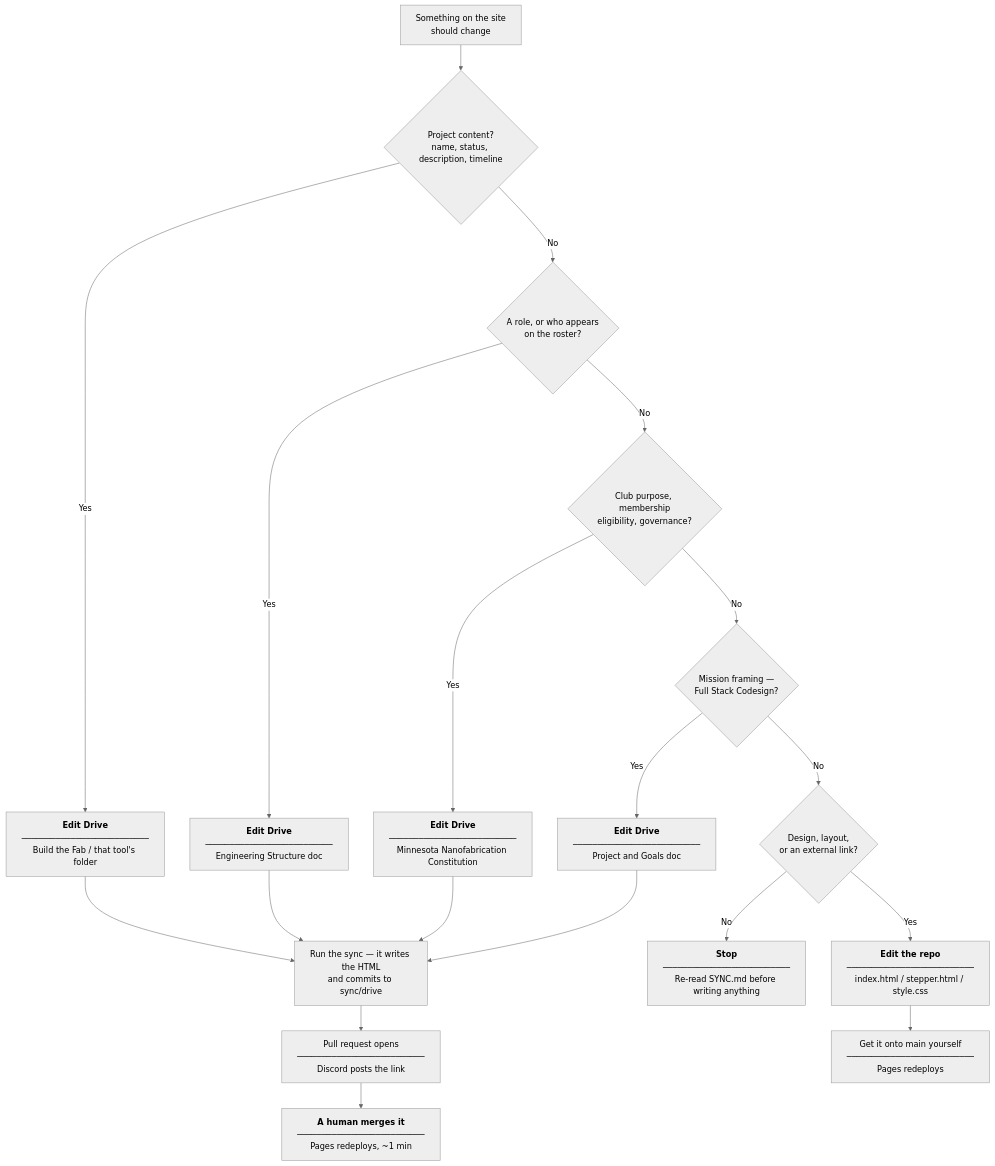
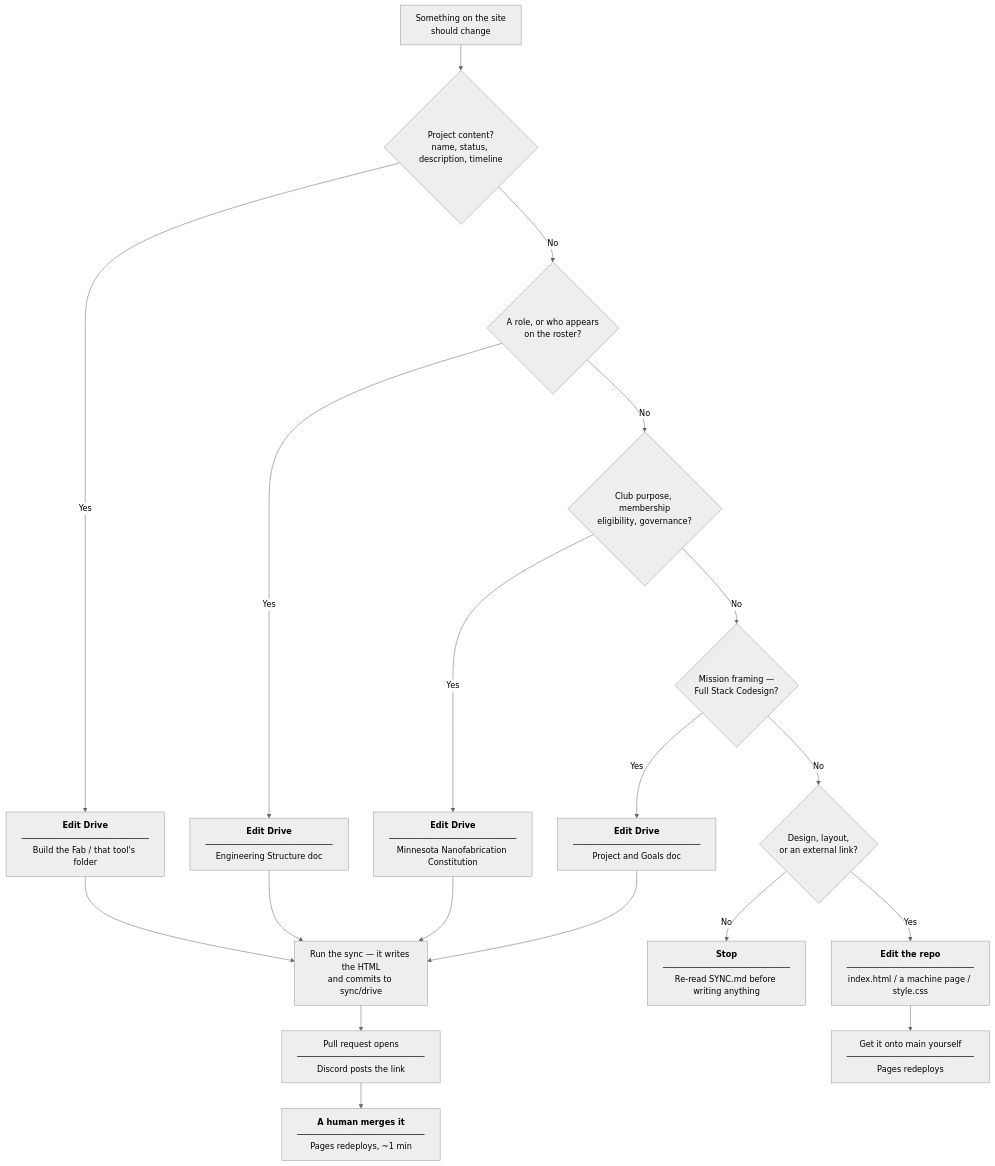
The diagram in docs/guides/edit-content.md (Minnesota-Nanofabrication-Club/club_website), drawn with Mermaid (neutral theme) before and after one commit. The commit also changed other lines of this file and 3 other files, not shown here.

````diff
--- a/docs/guides/edit-content.md
+++ b/docs/guides/edit-content.md
@@ -12,24 +12,24 @@
 ```mermaid
 flowchart TD
     S["Something on the site<br/>should change"]
     S --> Q1{"Project content?<br/>name, status, description, timeline"}
     Q1 -- Yes --> D1["<b>Edit Drive</b><br/>──────────────────────────<br/>Build the Fab / that tool's folder"]
     Q1 -- No --> Q2{"A role, or who appears<br/>on the roster?"}
     Q2 -- Yes --> D2["<b>Edit Drive</b><br/>──────────────────────────<br/>Engineering Structure doc"]
     Q2 -- No --> Q3{"Club purpose, membership<br/>eligibility, governance?"}
     Q3 -- Yes --> D3["<b>Edit Drive</b><br/>──────────────────────────<br/>Minnesota Nanofabrication Constitution"]
     Q3 -- No --> Q4{"Mission framing —<br/>Full Stack Codesign?"}
     Q4 -- Yes --> D4["<b>Edit Drive</b><br/>──────────────────────────<br/>Project and Goals doc"]
     Q4 -- No --> Q5{"Design, layout,<br/>or an external link?"}
-    Q5 -- Yes --> D5["<b>Edit the repo</b><br/>──────────────────────────<br/>index.html / stepper.html / style.css"]
+    Q5 -- Yes --> D5["<b>Edit the repo</b><br/>──────────────────────────<br/>index.html / a machine page / style.css"]
     Q5 -- No --> D6["<b>Stop</b><br/>──────────────────────────<br/>Re-read SYNC.md before writing anything"]
     D1 --> R["Run the sync — it writes the HTML<br/>and commits to sync/drive"]
     D2 --> R
     D3 --> R
     D4 --> R
     R --> PR["Pull request opens<br/>──────────────────────────<br/>Discord posts the link"]
     PR --> M["<b>A human merges it</b><br/>──────────────────────────<br/>Pages redeploys, ~1 min"]
     D5 --> P["Get it onto main yourself<br/>──────────────────────────<br/>Pages redeploys"]
     click PR href "../../operations/reviewing-changes/"
     click M href "../../operations/reviewing-changes/"
 ```
````
